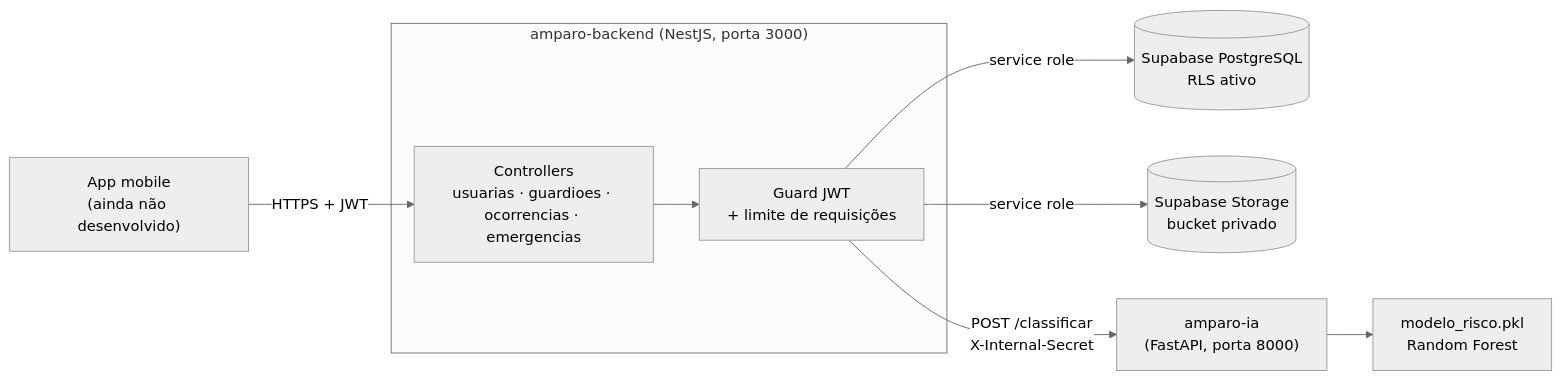
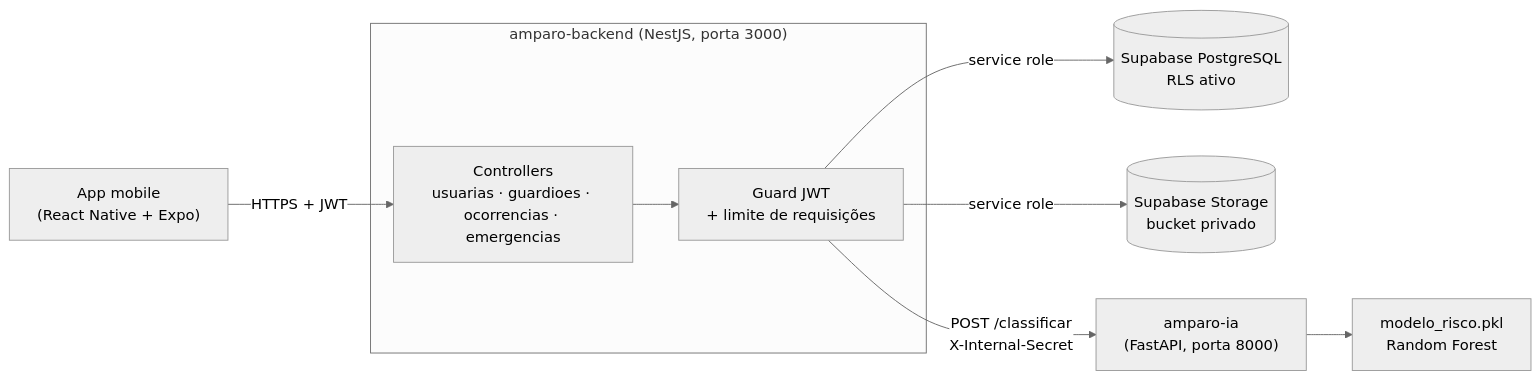
One commit to ccriascco/projeto-amparo changed the diagram in README.md. Above: the diagram before and after it, drawn with Mermaid (neutral theme). The commit also changed other lines of this file and 19 other files, not shown here.

First line of the commit message:
App mobile: E2E com o backend real, conferência com o design, correções e documentação

````diff
--- a/README.md
+++ b/README.md
@@ -69,15 +69,15 @@
 ```mermaid
 flowchart LR
-    App["App mobile<br/>(ainda não desenvolvido)"] -->|HTTPS + JWT| API
+    App["App mobile<br/>(React Native + Expo)"] -->|HTTPS + JWT| API
 
     subgraph Backend["amparo-backend (NestJS, porta 3000)"]
         API["Controllers<br/>usuarias · guardioes · ocorrencias · emergencias"]
         Guard["Guard JWT<br/>+ limite de requisições"]
         API --> Guard
     end
 
     Guard -->|service role| DB[("Supabase PostgreSQL<br/>RLS ativo")]
     Guard -->|service role| ST[("Supabase Storage<br/>bucket privado")]
     Guard -->|"POST /classificar<br/>X-Internal-Secret"| IA["amparo-ia<br/>(FastAPI, porta 8000)"]
     IA --> Modelo["modelo_risco.pkl<br/>Random Forest"]
 ```
````
